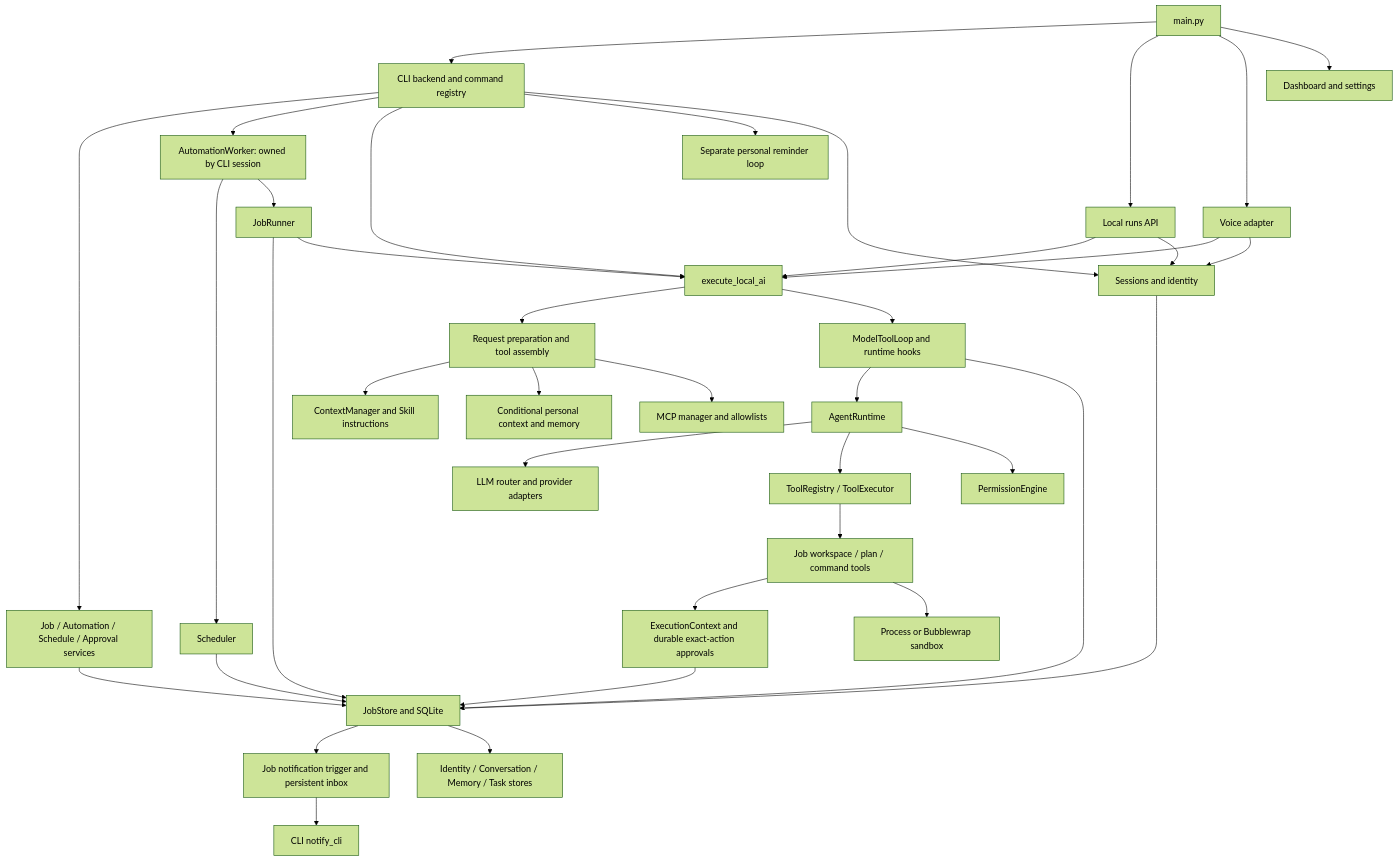
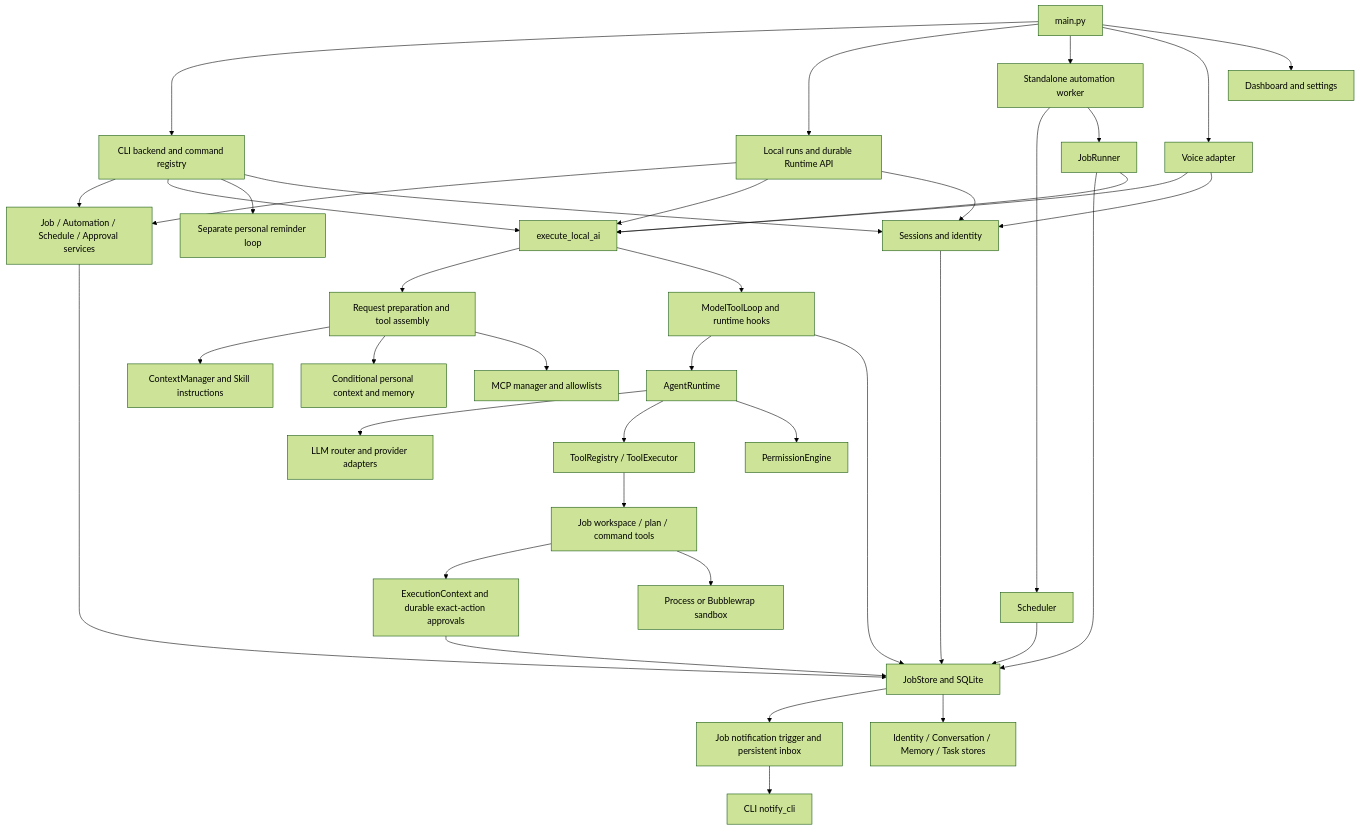
Before and after one commit to shoyaa0815/suto: the diagram in docs/runtime-dependency-audit.md, drawn with Mermaid (forest theme). The commit also changed other lines of this file, not shown here.

Commit message:
docs: clarify shared runtime dependencies and MCP audit gaps

````diff
--- a/docs/runtime-dependency-audit.md
+++ b/docs/runtime-dependency-audit.md
@@ -38,40 +47,41 @@
 ```mermaid
 flowchart TD
     Main[main.py] --> CLI[CLI backend and command registry]
-    Main --> API[Local runs API]
+    Main --> API[Local runs and durable Runtime API]
+    Main --> Worker[Standalone automation worker]
     Main --> Voice[Voice adapter]
     Main --> Web[Dashboard and settings]
     CLI --> Services[Job / Automation / Schedule / Approval services]
     Services --> Store[JobStore and SQLite]
-    CLI --> Worker[AutomationWorker: owned by CLI session]
+    API --> Services
     Worker --> Scheduler[Scheduler]
     Scheduler --> Store
     Worker --> Runner[JobRunner]
     Runner --> Store
     Runner --> Executor[execute_local_ai]
     CLI --> Executor
     API --> Executor
     Voice --> Executor
     Executor --> Prep[Request preparation and tool assembly]
     Prep --> Context[ContextManager and Skill instructions]
     Prep --> Personal[Conditional personal context and memory]
     Prep --> MCP[MCP manager and allowlists]
     Executor --> Loop[ModelToolLoop and runtime hooks]
     Loop --> Runtime[AgentRuntime]
     Runtime --> LLM[LLM router and provider adapters]
     Runtime --> Registry[ToolRegistry / ToolExecutor]
     Runtime --> Permission[PermissionEngine]
     Registry --> Workspace[Job workspace / plan / command tools]
     Workspace --> Approval[ExecutionContext and durable exact-action approvals]
     Approval --> Store
     Workspace --> Sandbox[Process or Bubblewrap sandbox]
     Loop --> Store
     Store --> Inbox[Job notification trigger and persistent inbox]
     Inbox --> Delivery[CLI notify_cli]
     CLI --> Reminder[Separate personal reminder loop]
     Store --> Mixins[Identity / Conversation / Memory / Task stores]
     API --> Sessions[Sessions and identity]
     Voice --> Sessions
     CLI --> Sessions
     Sessions --> Store
 ```
````
